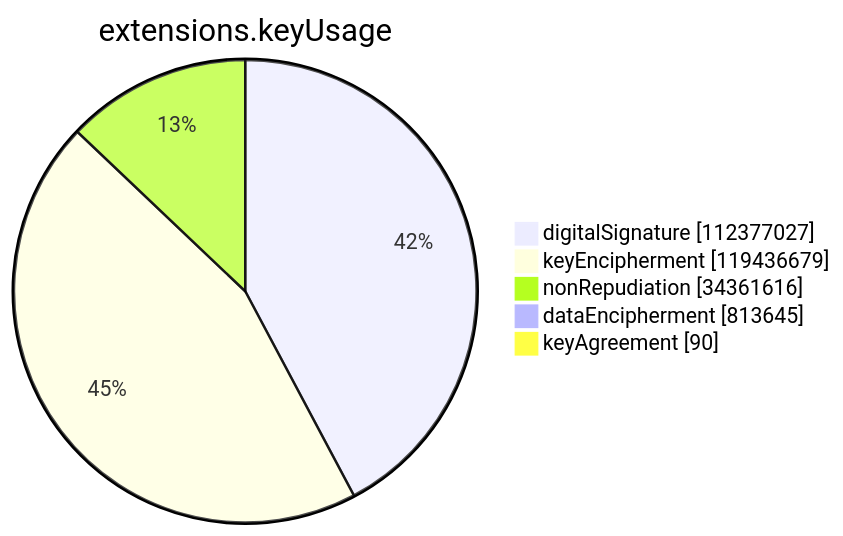
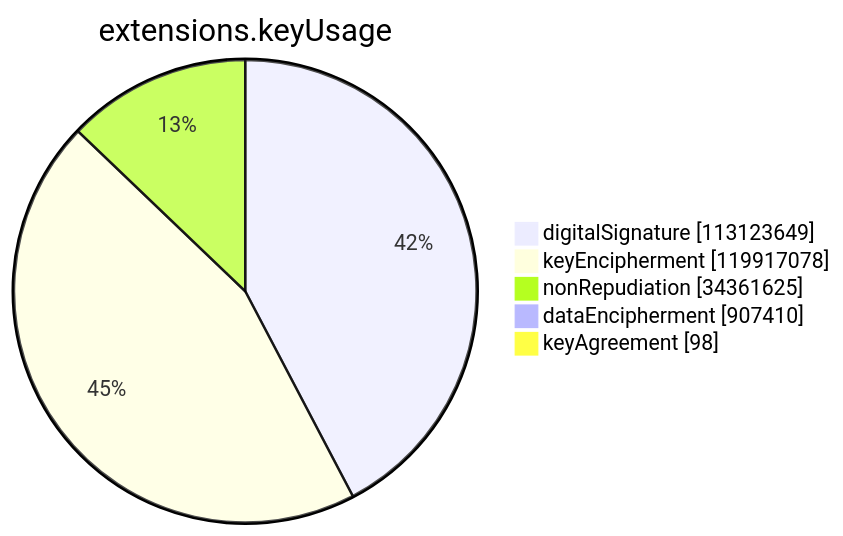
Before and after one commit to christiankrug/ctmonitor_visualization: the sixth of 15 diagrams in argon2023/README.md, drawn with Mermaid. The commit also changed other lines of this file, not shown here.

````diff
--- a/argon2023/README.md
+++ b/argon2023/README.md
@@ -2146,9 +2148,9 @@
 ```mermaid
 pie showData
 title extensions.keyUsage
-"digitalSignature" :112377027
-"keyEncipherment" :119436679
-"nonRepudiation" :34361616
-"dataEncipherment" :813645
-"keyAgreement" :90
+"digitalSignature" :113123649
+"keyEncipherment" :119917078
+"nonRepudiation" :34361625
+"dataEncipherment" :907410
+"keyAgreement" :98
 ```
````
